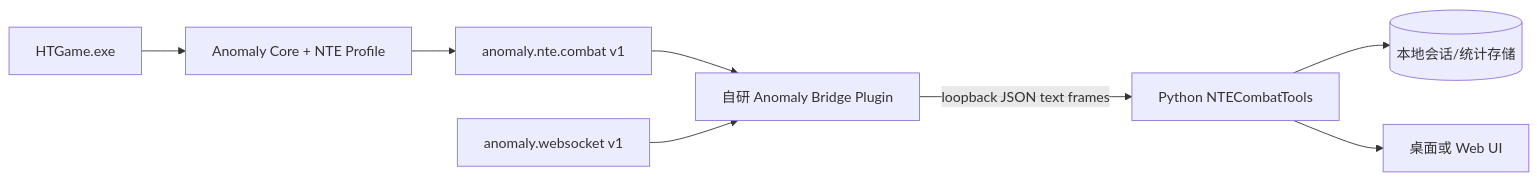
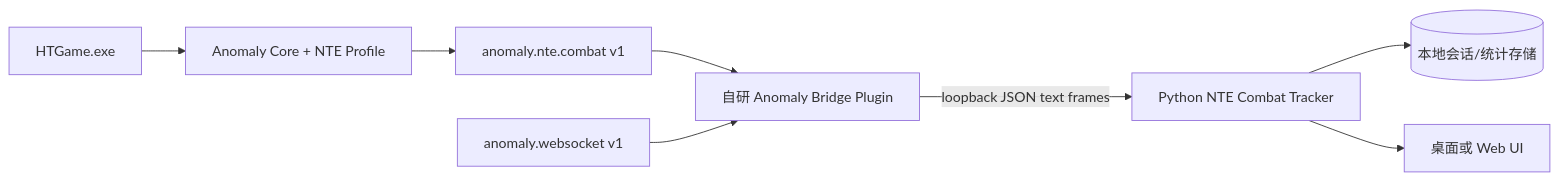
Before and after one commit to SeasonWings/NTECombatTracker: the second of 2 diagrams in docs/research/anomaly-project-analysis.md, drawn with Mermaid. The commit also changed other lines of this file and 9 other files, not shown here.

Commit message:
chore: rename project to NTE Combat Tracker

````diff
--- a/docs/research/anomaly-project-analysis.md
+++ b/docs/research/anomaly-project-analysis.md
@@ -180,10 +180,10 @@
 ```mermaid
 flowchart LR
     NTE[HTGame.exe] --> A[Anomaly Core + NTE Profile]
     A --> C[anomaly.nte.combat v1]
     C --> B[自研 Anomaly Bridge Plugin]
     W[anomaly.websocket v1] --> B
-    B -->|loopback JSON text frames| P[Python NTECombatTools]
+    B -->|loopback JSON text frames| P[Python NTE Combat Tracker]
     P --> S[(本地会话/统计存储)]
     P --> U[桌面或 Web UI]
 ```
````
